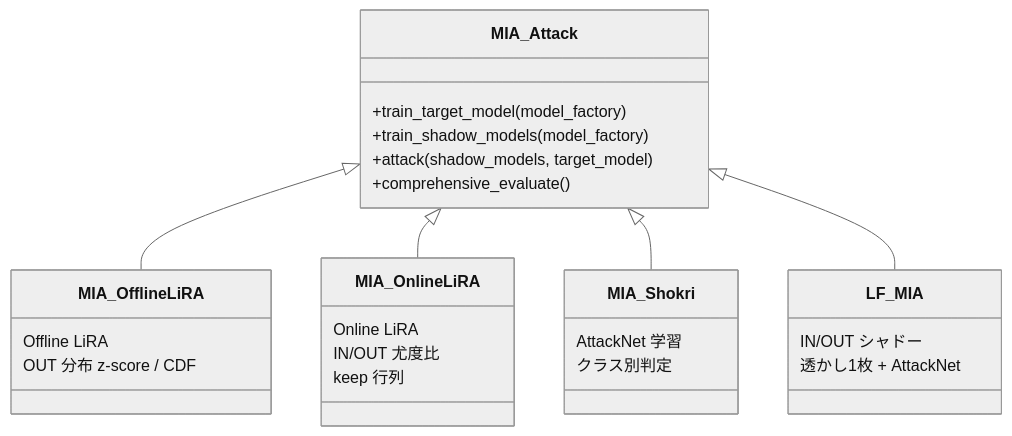
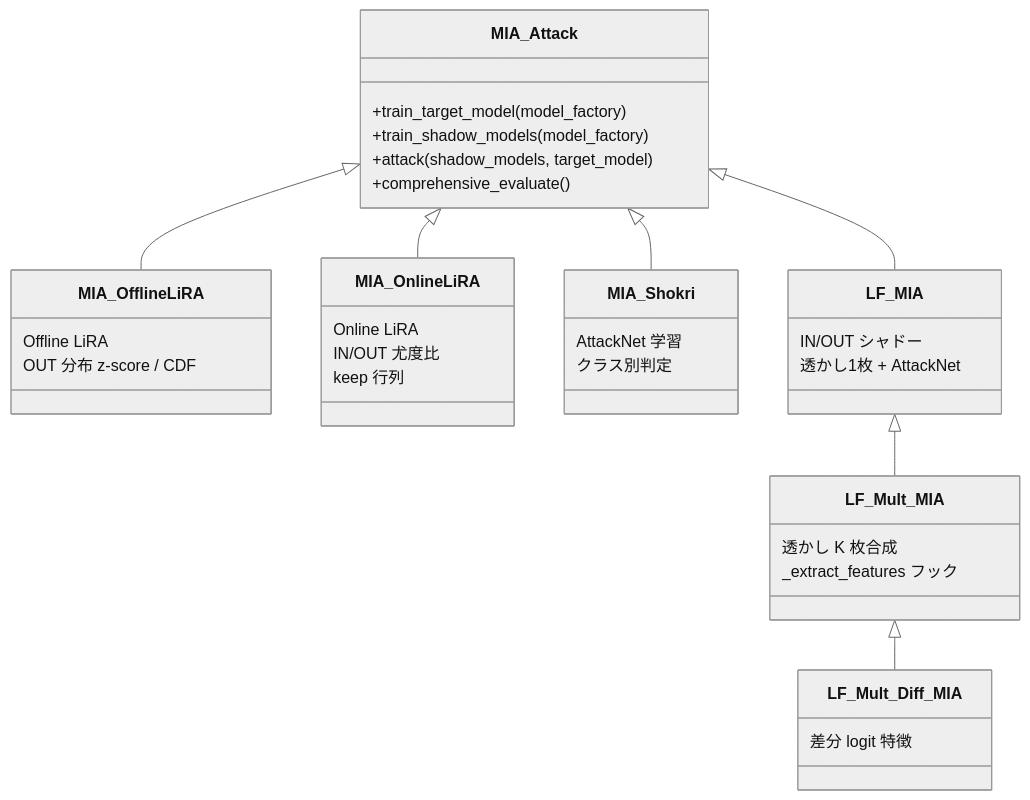
One commit to GoldenPoisonedApple/MIAOS changed diagram 11 of 14 in worker/docs/SPECIFICATION.md. Above: the diagram before and after it, drawn with Mermaid (neutral theme). The commit also changed other lines of this file and 9 other files, not shown here.

````diff
--- a/worker/docs/SPECIFICATION.md
+++ b/worker/docs/SPECIFICATION.md
@@ -396,30 +406,39 @@
 ```mermaid
 classDiagram
     class MIA_Attack {
         +train_target_model(model_factory)
         +train_shadow_models(model_factory)
         +attack(shadow_models, target_model)
         +comprehensive_evaluate()
     }
     class MIA_OfflineLiRA {
         Offline LiRA
         OUT 分布 z-score / CDF
     }
     class MIA_OnlineLiRA {
         Online LiRA
         IN/OUT 尤度比
         keep 行列
     }
     class MIA_Shokri {
         AttackNet 学習
         クラス別判定
     }
     class LF_MIA {
         IN/OUT シャドー
         透かし1枚 + AttackNet
     }
     MIA_Attack <|-- MIA_OfflineLiRA
     MIA_Attack <|-- MIA_OnlineLiRA
     MIA_Attack <|-- MIA_Shokri
+    class LF_Mult_MIA {
+        透かし K 枚合成
+        _extract_features フック
+    }
+    class LF_Mult_Diff_MIA {
+        差分 logit 特徴
+    }
     MIA_Attack <|-- LF_MIA
+    LF_MIA <|-- LF_Mult_MIA
+    LF_Mult_MIA <|-- LF_Mult_Diff_MIA
 ```
````
